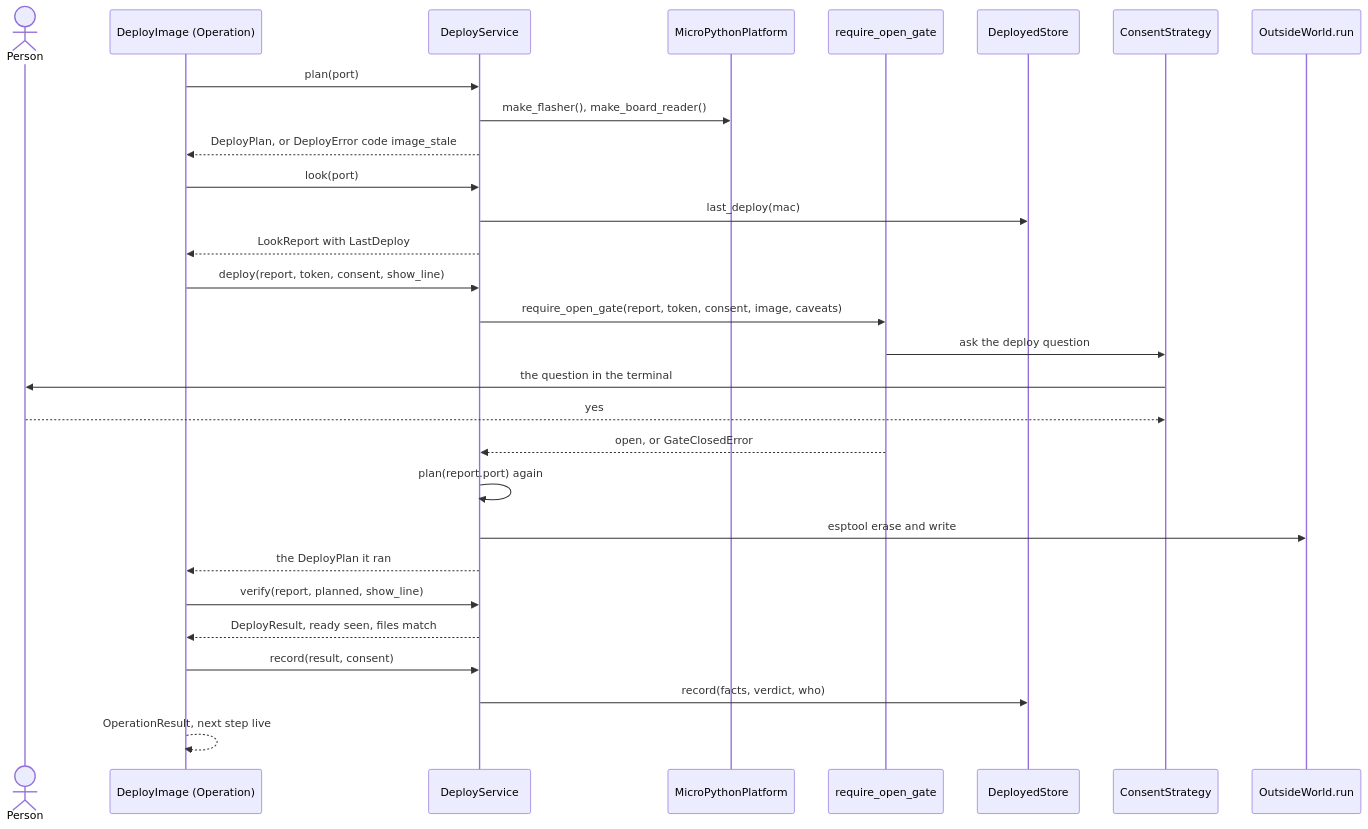
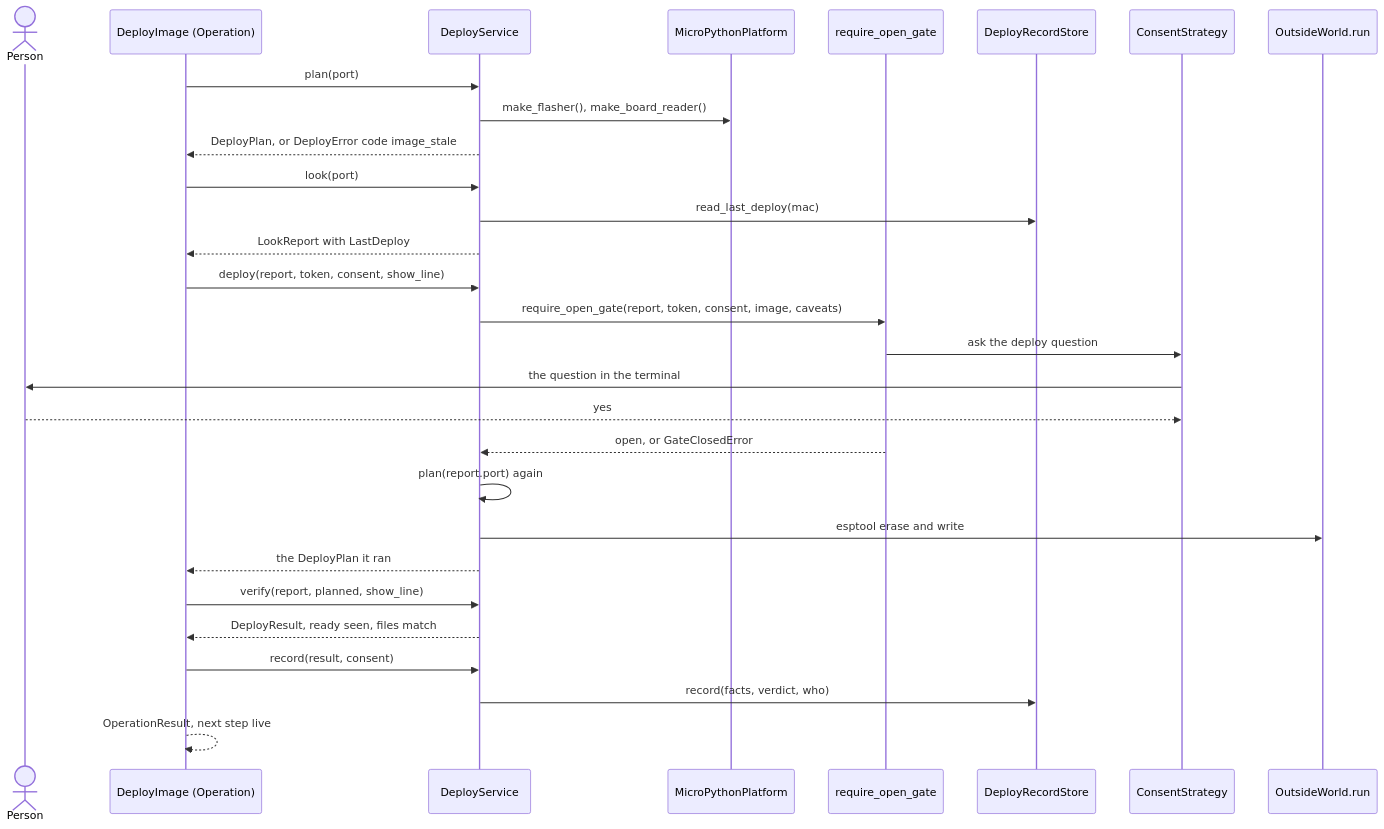
One commit to xmejkal/spark changed the third of 3 diagrams in docs/discovery/2026-10-19-p323-target-architecture/architecture/areas/bench.md. Above: the diagram before and after it, drawn with Mermaid. The commit also changed other lines of this file and 9 other files, not shown here.

````diff
--- a/docs/discovery/2026-10-19-p323-target-architecture/architecture/areas/bench.md
+++ b/docs/discovery/2026-10-19-p323-target-architecture/architecture/areas/bench.md
@@ -153,31 +154,31 @@
 ```mermaid
 sequenceDiagram
   actor P as Person
   participant OP as DeployImage (Operation)
   participant DS as DeployService
   participant PL as MicroPythonPlatform
   participant G as require_open_gate
-  participant ST as DeployedStore
+  participant ST as DeployRecordStore
   participant C as ConsentStrategy
   participant OW as OutsideWorld.run
   OP->>DS: plan(port)
   DS->>PL: make_flasher(), make_board_reader()
   DS-->>OP: DeployPlan, or DeployError code image_stale
   OP->>DS: look(port)
-  DS->>ST: last_deploy(mac)
+  DS->>ST: read_last_deploy(mac)
   DS-->>OP: LookReport with LastDeploy
   OP->>DS: deploy(report, token, consent, show_line)
   DS->>G: require_open_gate(report, token, consent, image, caveats)
   G->>C: ask the deploy question
   C->>P: the question in the terminal
   P-->>C: yes
   G-->>DS: open, or GateClosedError
   DS->>DS: plan(report.port) again
   DS->>OW: esptool erase and write
   DS-->>OP: the DeployPlan it ran
   OP->>DS: verify(report, planned, show_line)
   DS-->>OP: DeployResult, ready seen, files match
   OP->>DS: record(result, consent)
   DS->>ST: record(facts, verdict, who)
   OP-->>OP: OperationResult, next step live
 ```
````
